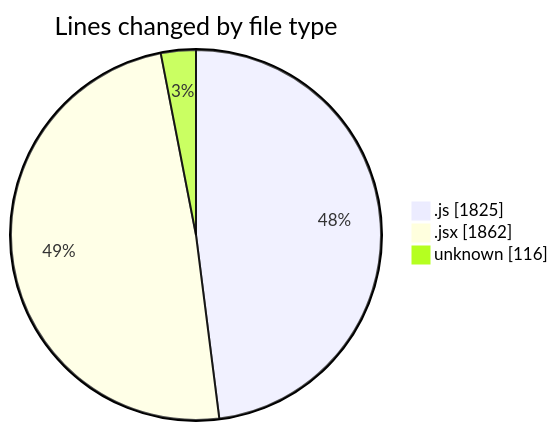
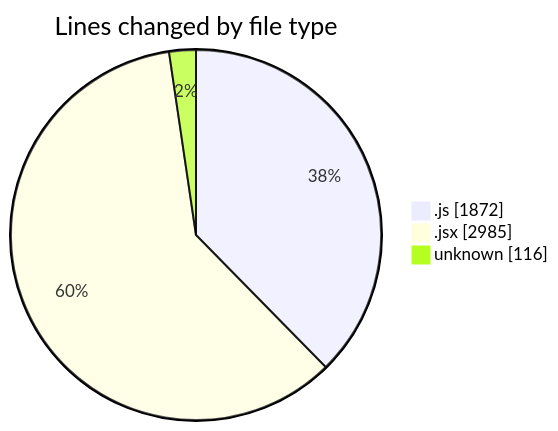
The first of 2 diagrams in 2025-12-01/nxtqube_webapp/README.md (nxtqubesakshisongat/code-tracking), drawn with Mermaid before and after one commit. The commit also changed other lines of this file and 1 other file, not shown here.

````diff
--- a/2025-12-01/nxtqube_webapp/README.md
+++ b/2025-12-01/nxtqube_webapp/README.md
@@ -29,7 +29,7 @@
 ```mermaid
 pie showData
 title Lines changed by file type
-".js" : 1825
-".jsx" : 1862
+".js" : 1872
+".jsx" : 2985
 "unknown" : 116
 ```
````
